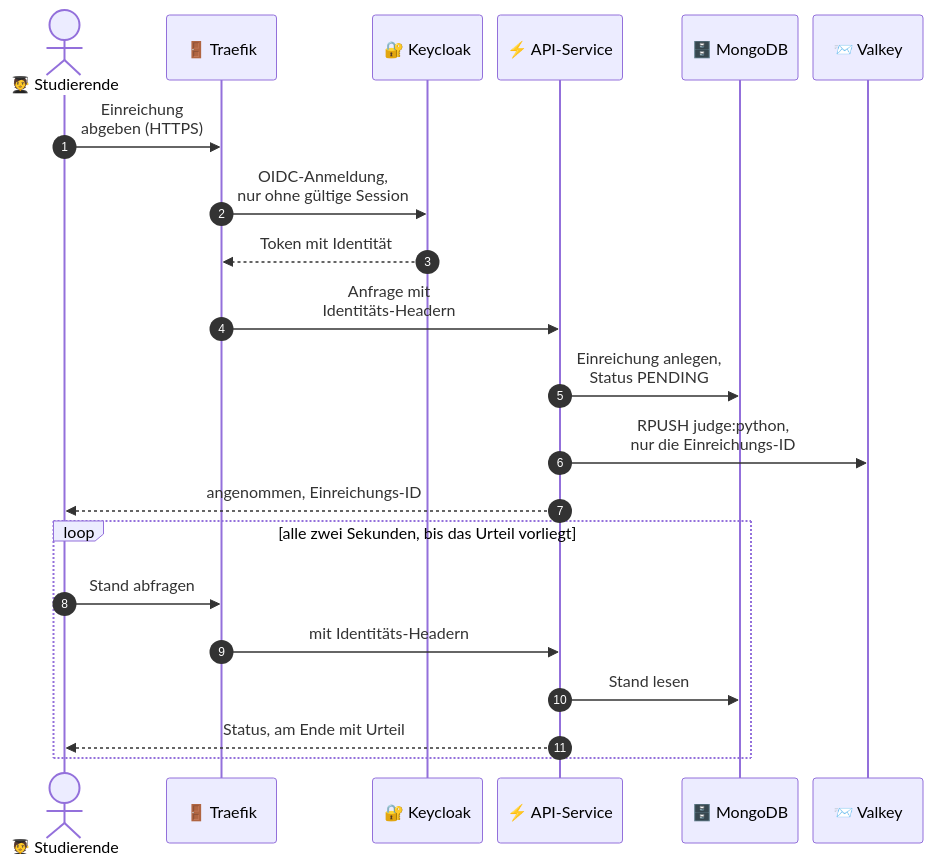
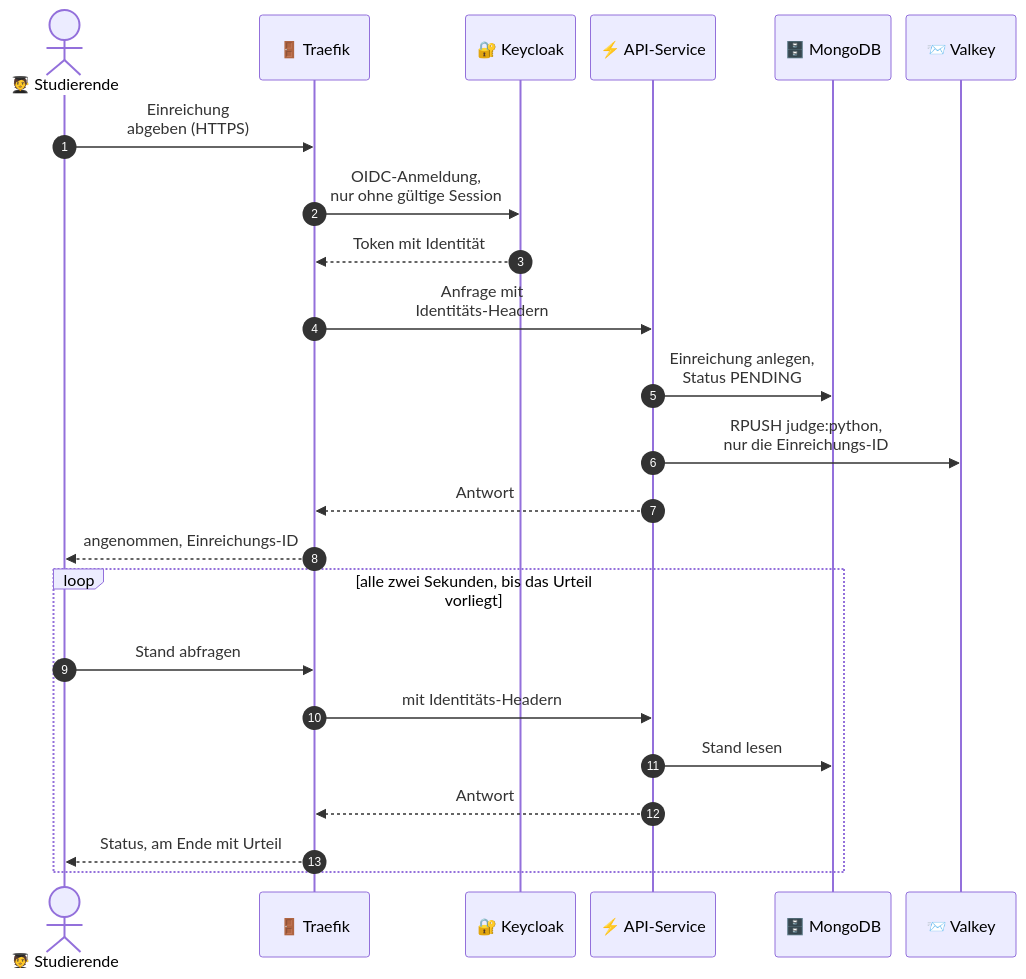
One commit to litithio/Online-Judge-Cloud changed the diagram in docs/diagramme/datenfluss-annahme.mmd. Above: the diagram before and after it, drawn with Mermaid. The commit also changed 1 other file, not shown here.

Commit message:
Diagramme: Antworten der API laufen über Traefik
Im Datenfluss der Annahme gehen die Antworten der API über Traefik an
die Studierenden zurück, die SVG ist mit scripts/diagramme.sh
gerendert.

```diff
--- a/docs/diagramme/datenfluss-annahme.mmd
+++ b/docs/diagramme/datenfluss-annahme.mmd
@@ -1,36 +1,38 @@
 ---
 # Feste Schrift: mermaid bemisst die Kästen mit der Schrift, die beim
 # Rendern verfügbar ist. Weicht die Anzeigeschrift ab, laufen Texte über
 # die Ränder.
 config:
   fontFamily: Arial, Helvetica, sans-serif
   themeCSS: ".noteText { font-size: 14px !important; }"
   # Enger als der Default: Das Diagramm wird im README auf Spaltenbreite
   # skaliert, jeder gesparte Querpixel macht die Schrift dort größer.
   sequence:
     actorMargin: 15
     messageMargin: 20
     width: 110
 ---
 sequenceDiagram
     autonumber
     actor S as 🧑‍🎓 Studierende
     participant T as 🚪 Traefik
     participant K as 🔐 Keycloak
     participant A as ⚡ API-Service
     participant M as 🗄️ MongoDB
     participant V as 📨 Valkey
 
     S->>T: Einreichung<br/>abgeben (HTTPS)
     T->>K: OIDC-Anmeldung,<br/>nur ohne gültige Session
     K-->>T: Token mit Identität
     T->>A: Anfrage mit<br/>Identitäts-Headern
     A->>M: Einreichung anlegen,<br/>Status PENDING
     A->>V: RPUSH judge:python,<br/>nur die Einreichungs-ID
-    A-->>S: angenommen, Einreichungs-ID
+    A-->>T: Antwort
+    T-->>S: angenommen, Einreichungs-ID
     loop alle zwei Sekunden, bis das Urteil vorliegt
         S->>T: Stand abfragen
         T->>A: mit Identitäts-Headern
         A->>M: Stand lesen
-        A-->>S: Status, am Ende mit Urteil
+        A-->>T: Antwort
+        T-->>S: Status, am Ende mit Urteil
     end
```
